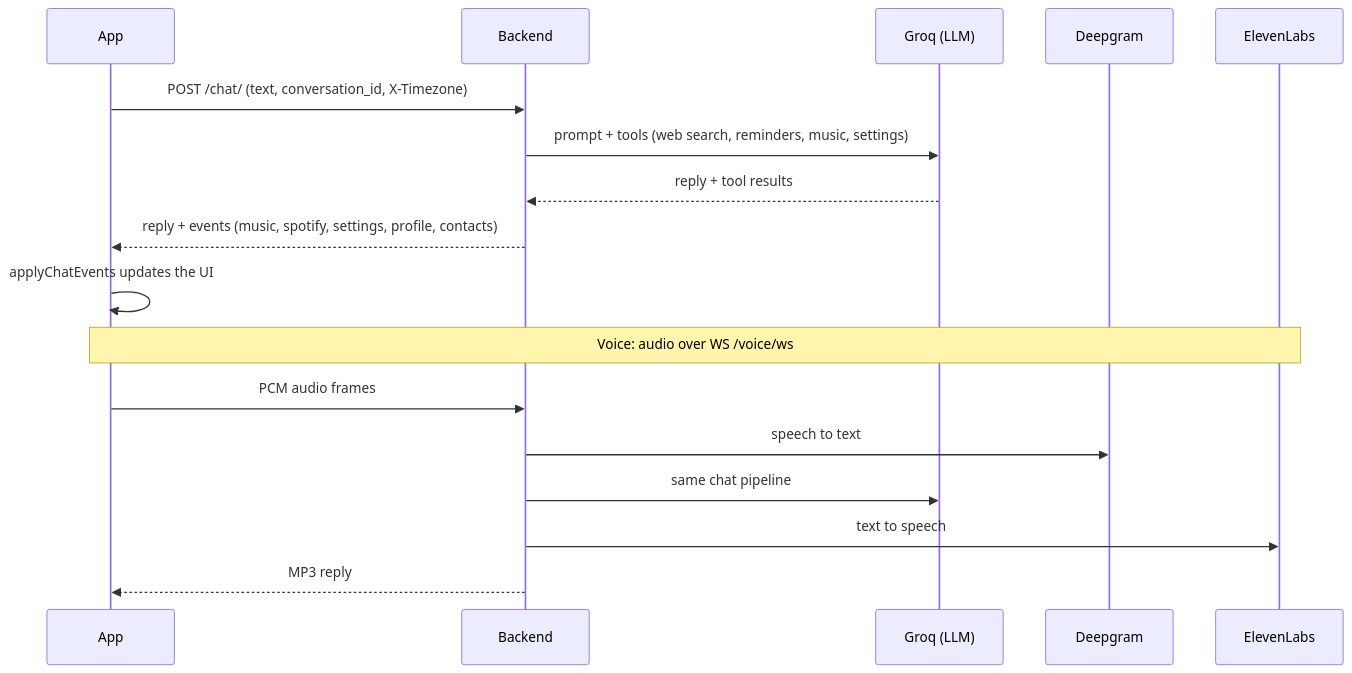
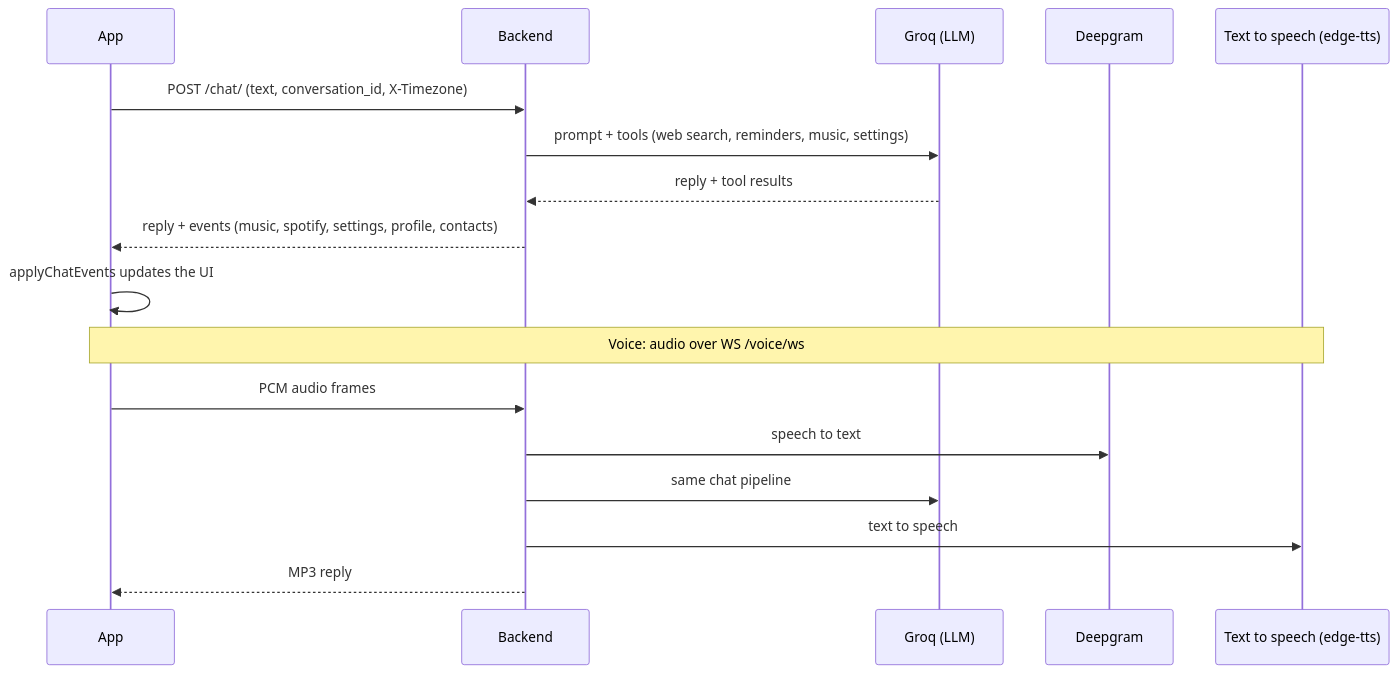
Before and after one commit to Svaraa-tech/Svaraa_Core: the fifth of 7 diagrams in docs/development/ARCHITECTURE.md, drawn with Mermaid. The commit also changed other lines of this file and 4 other files, not shown here.

````diff
--- a/docs/development/ARCHITECTURE.md
+++ b/docs/development/ARCHITECTURE.md
@@ -137,19 +137,19 @@
 ```mermaid
 sequenceDiagram
   participant A as App
   participant B as Backend
   participant L as Groq (LLM)
   participant D as Deepgram
-  participant E as ElevenLabs
+  participant E as Text to speech (edge-tts)
   A->>B: POST /chat/ (text, conversation_id, X-Timezone)
   B->>L: prompt + tools (web search, reminders, music, settings)
   L-->>B: reply + tool results
   B-->>A: reply + events (music, spotify, settings, profile, contacts)
   A->>A: applyChatEvents updates the UI
   Note over A,E: Voice: audio over WS /voice/ws
   A->>B: PCM audio frames
   B->>D: speech to text
   B->>L: same chat pipeline
   B->>E: text to speech
   B-->>A: MP3 reply
 ```
````
